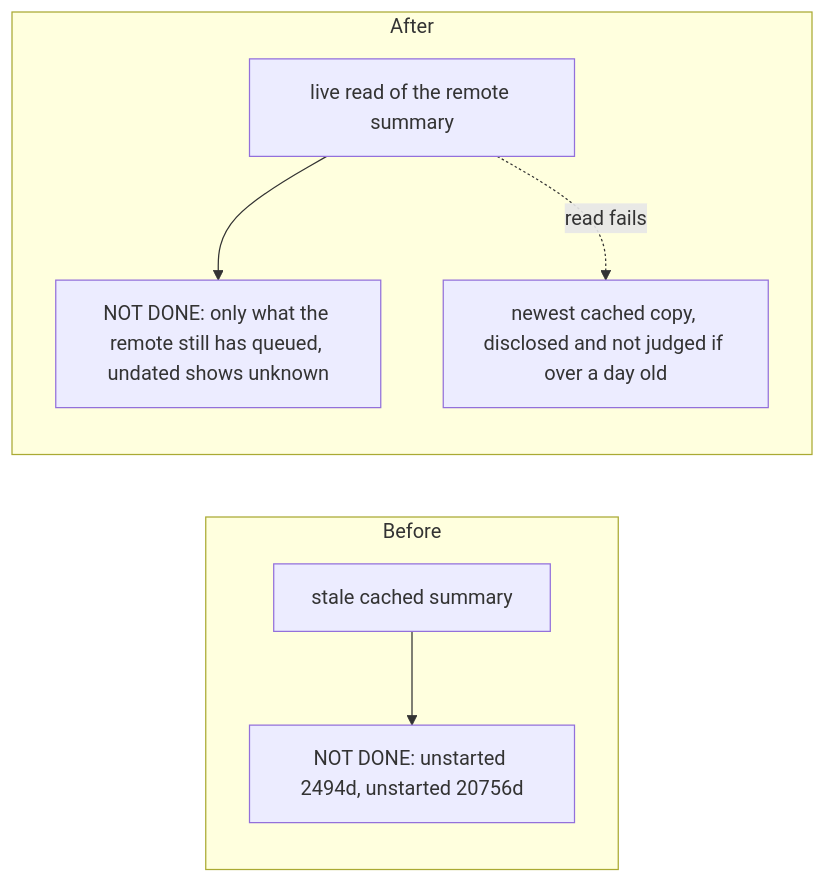
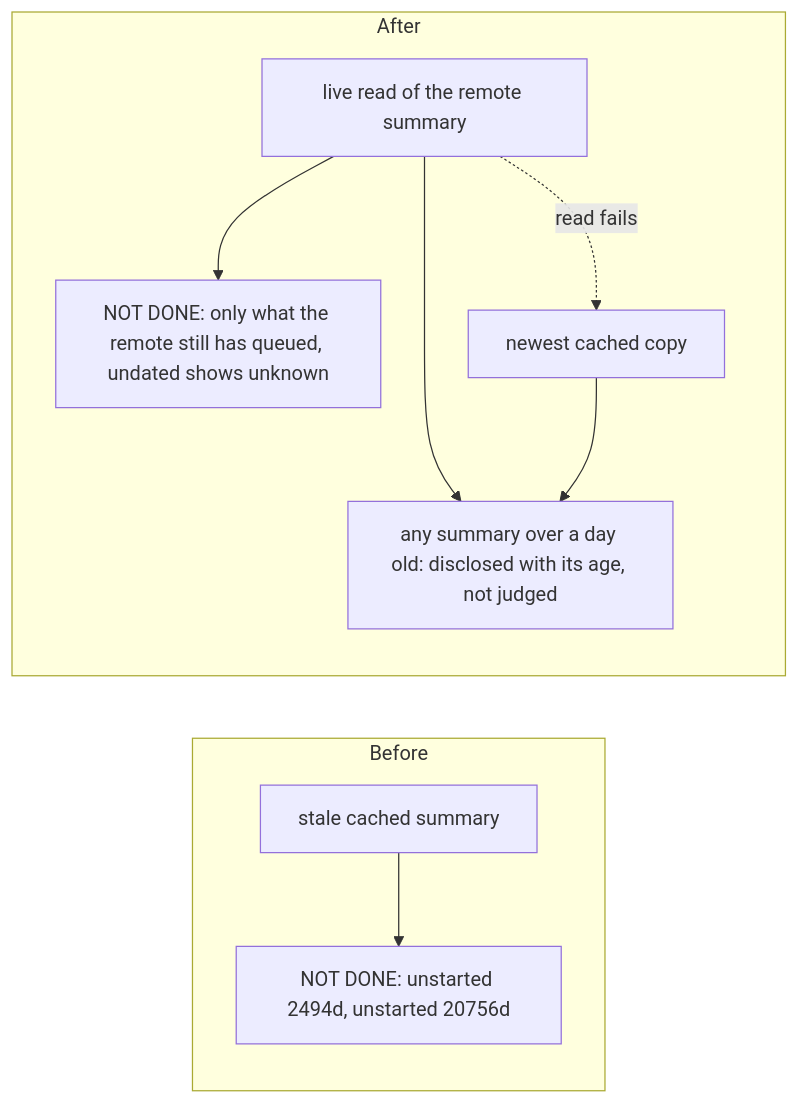
The diagram in .pr-evidence/robots-2f7tu-notdone/before-after.md (trillium/firstmate), drawn with Mermaid before and after one commit. The commit also changed 2 other files, not shown here.

Commit message:
no-mistakes(review): Disclose any day-stale secondmate summary; hardcode remote timeout

````diff
--- a/.pr-evidence/robots-2f7tu-notdone/before-after.md
+++ b/.pr-evidence/robots-2f7tu-notdone/before-after.md
@@ -5,10 +5,12 @@
 ```mermaid
 flowchart LR
   subgraph Before
     C1[stale cached summary] --> N1[NOT DONE: unstarted 2494d, unstarted 20756d]
   end
   subgraph After
     L[live read of the remote summary] --> N2[NOT DONE: only what the remote still has queued, undated shows unknown]
-    L -. read fails .-> C2[newest cached copy, disclosed and not judged if over a day old]
+    L -. read fails .-> C2[newest cached copy]
+    L --> S[any summary over a day old: disclosed with its age, not judged]
+    C2 --> S
   end
 ```
````
